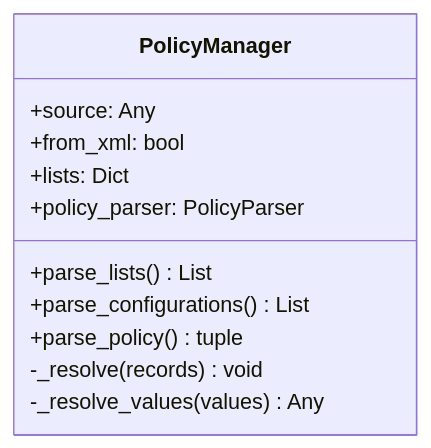
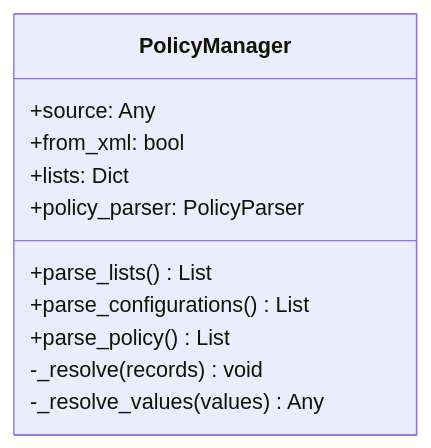
Before and after one commit to hunseop/proxy_tool: the first of 2 diagrams in docs/policy_manager.md, drawn with Mermaid. The commit also changed other lines of this file and 4 other files, not shown here.

````diff
--- a/docs/policy_manager.md
+++ b/docs/policy_manager.md
@@ -85,14 +85,14 @@
 ```mermaid
 classDiagram
     class PolicyManager {
         +source: Any
         +from_xml: bool
         +lists: Dict
         +policy_parser: PolicyParser
         +parse_lists() List
         +parse_configurations() List
-        +parse_policy() tuple
+        +parse_policy() List
         -_resolve(records) void
         -_resolve_values(values) Any
     }
 ```
````
